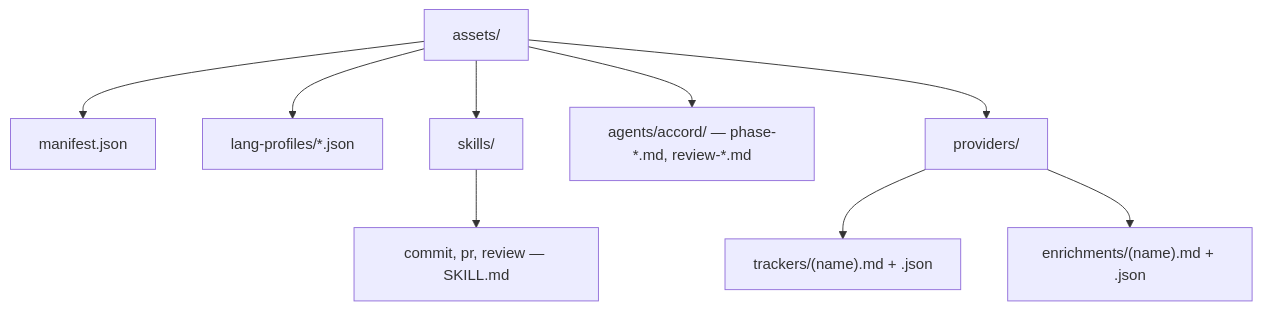
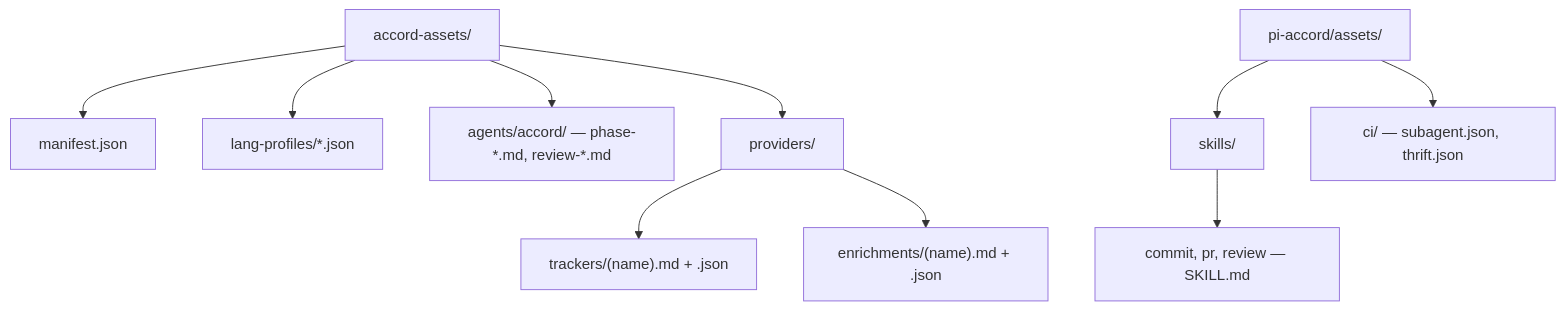
The diagram in docs/packaged-assets.md (cshirley/accord), drawn with Mermaid before and after one commit. The commit also changed other lines of this file and 88 other files, not shown here.

First line of the commit message:
[REFACTOR] Extract accord-assets package for cross-harness prompts

````diff
--- a/docs/packaged-assets.md
+++ b/docs/packaged-assets.md
@@ -5,11 +5,12 @@
 ```mermaid
 flowchart TB
-  A["assets/"] --> M["manifest.json"]
+  A["accord-assets/"] --> M["manifest.json"]
   A --> L["lang-profiles/*.json"]
-  A --> SK["skills/"]
-  SK --> SA["commit, pr, review — SKILL.md"]
   A --> AG["agents/accord/ — phase-*.md, review-*.md"]
   A --> PR["providers/"]
   PR --> TR["trackers/(name).md + .json"]
   PR --> EN["enrichments/(name).md + .json"]
+  P["pi-accord/assets/"] --> SK["skills/"]
+  SK --> SA["commit, pr, review — SKILL.md"]
+  P --> CI["ci/ — subagent.json, thrift.json"]
 ```
````
